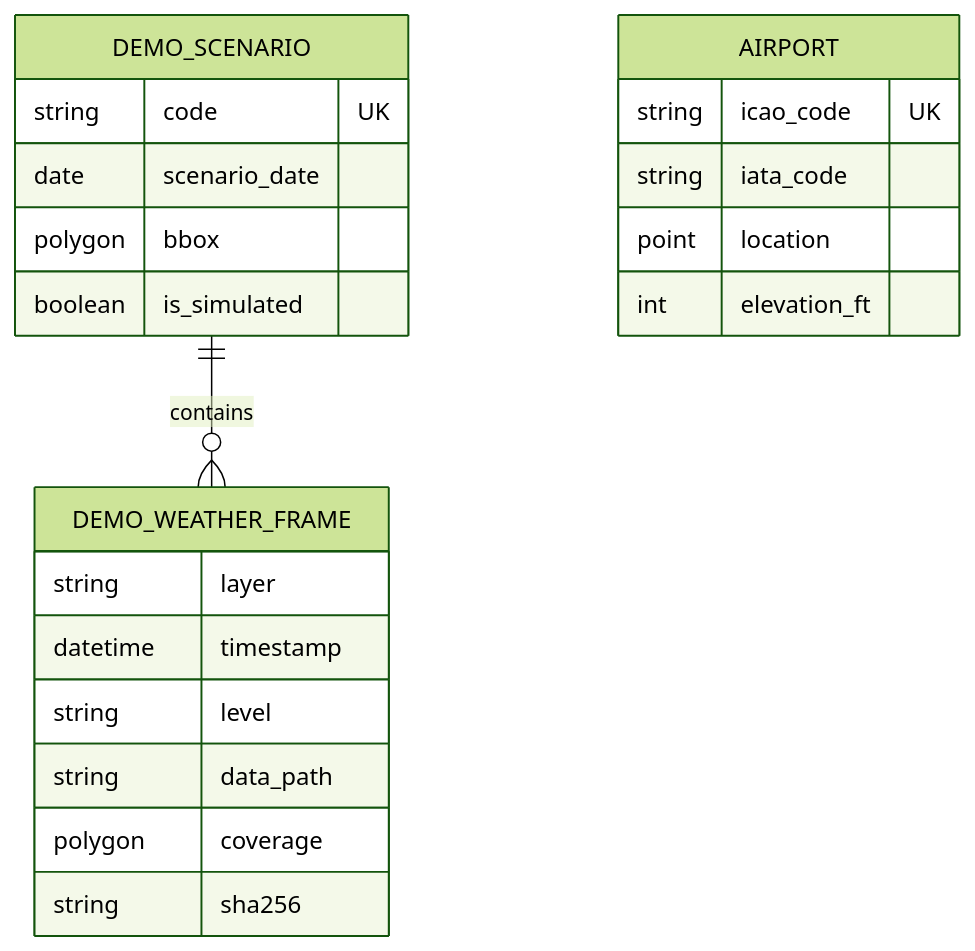
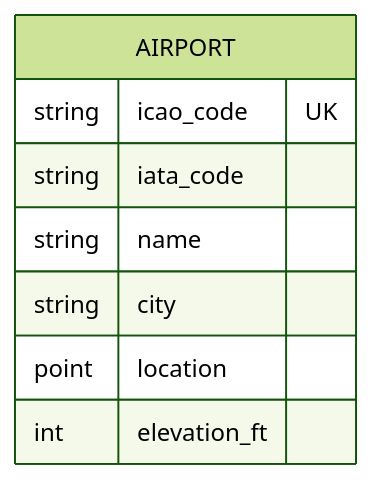
The second of 4 diagrams in docs/methodology/architecture.md (carlos18bp/aviation_weather_viewer_project), drawn with Mermaid (forest theme) before and after one commit. The commit also changed other lines of this file and 31 other files, not shown here.

````diff
--- a/docs/methodology/architecture.md
+++ b/docs/methodology/architecture.md
@@ -30,24 +30,11 @@
 ```mermaid
 erDiagram
-    DEMO_SCENARIO ||--o{ DEMO_WEATHER_FRAME : contains
-    DEMO_SCENARIO {
-        string code UK
-        date scenario_date
-        polygon bbox
-        boolean is_simulated
-    }
-    DEMO_WEATHER_FRAME {
-        string layer
-        datetime timestamp
-        string level
-        string data_path
-        polygon coverage
-        string sha256
-    }
     AIRPORT {
         string icao_code UK
         string iata_code
+        string name
+        string city
         point location
         int elevation_ft
     }
 ```
````
